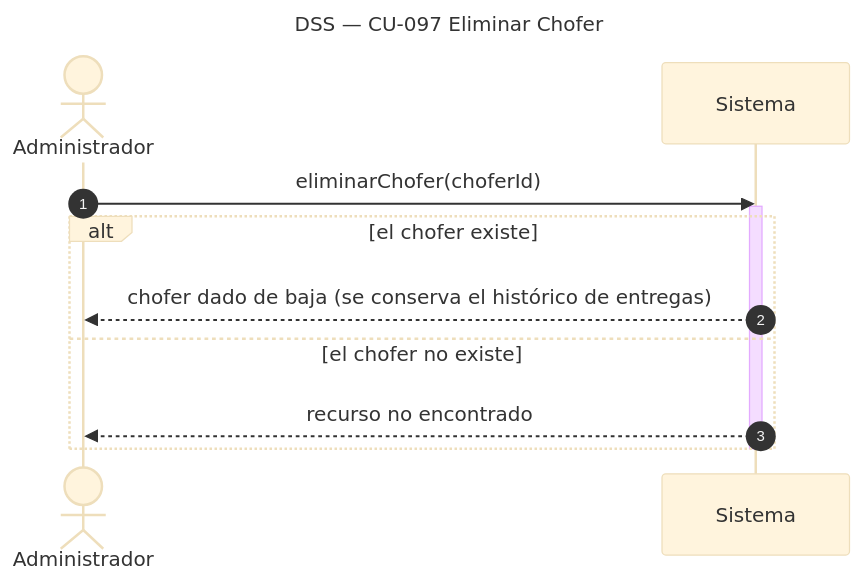
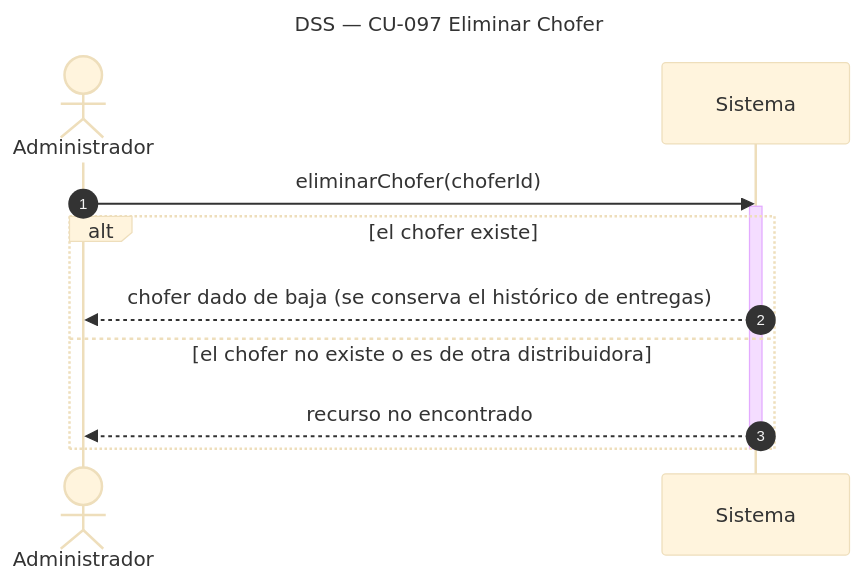
One commit to Nahuelito-Dev/splg-docs changed the diagram in diagramas/DSS_CU-097_Eliminar-Chofer.mmd. Above: the diagram before and after it, drawn with Mermaid (base theme). The commit also changed 49 other files, not shown here.

```diff
--- a/diagramas/DSS_CU-097_Eliminar-Chofer.mmd
+++ b/diagramas/DSS_CU-097_Eliminar-Chofer.mmd
@@ -1,14 +1,14 @@
 sequenceDiagram
     title DSS — CU-097 Eliminar Chofer
     autonumber
     actor ADM as Administrador
     participant SIS as Sistema
 
     ADM->>SIS: eliminarChofer(choferId)
     activate SIS
     alt el chofer existe
         SIS-->>ADM: chofer dado de baja (se conserva el histórico de entregas)
-    else el chofer no existe
+    else el chofer no existe o es de otra distribuidora
         SIS-->>ADM: recurso no encontrado
     end
     deactivate SIS
```
